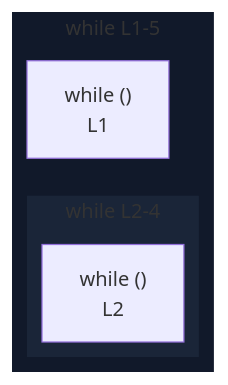
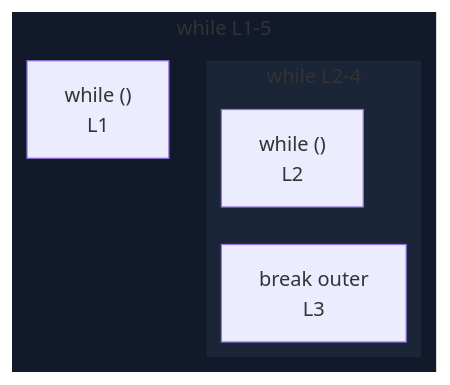
Before and after one commit to crescware/unsnarl: the diagram in integration/fixtures/iteration-statement/while/labeled-break/preview.md, drawn with Mermaid. The commit also changed 352 other files, not shown here.

````diff
--- a/integration/fixtures/iteration-statement/while/labeled-break/preview.md
+++ b/integration/fixtures/iteration-statement/while/labeled-break/preview.md
@@ -15,16 +15,17 @@
 ```mermaid
 %%{init: {"flowchart": {"defaultRenderer": "elk"}}}%%
 flowchart RL
   subgraph s_scope_1["while L1-5"]
     direction RL
     while_test_scope_0_7["while ()<br/>L1"]
     subgraph s_scope_2["while L2-4"]
       direction RL
       while_test_scope_1_24["while ()<br/>L2"]
+      bc_break_43["break outer<br/>L3"]
     end
   end
   classDef nestL1 fill:#11192a,stroke:transparent;
   class s_scope_1 nestL1;
   classDef nestL2 fill:#1a2538,stroke:transparent;
   class s_scope_2 nestL2;
 ```
````
